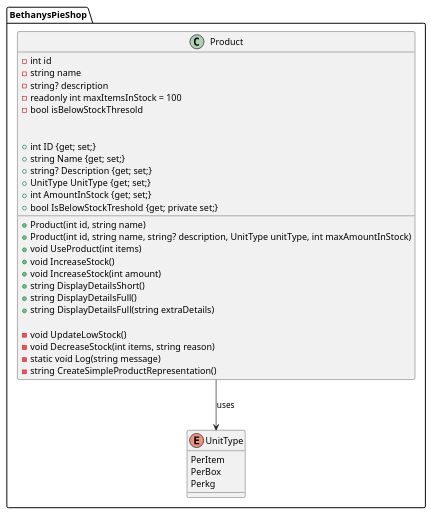
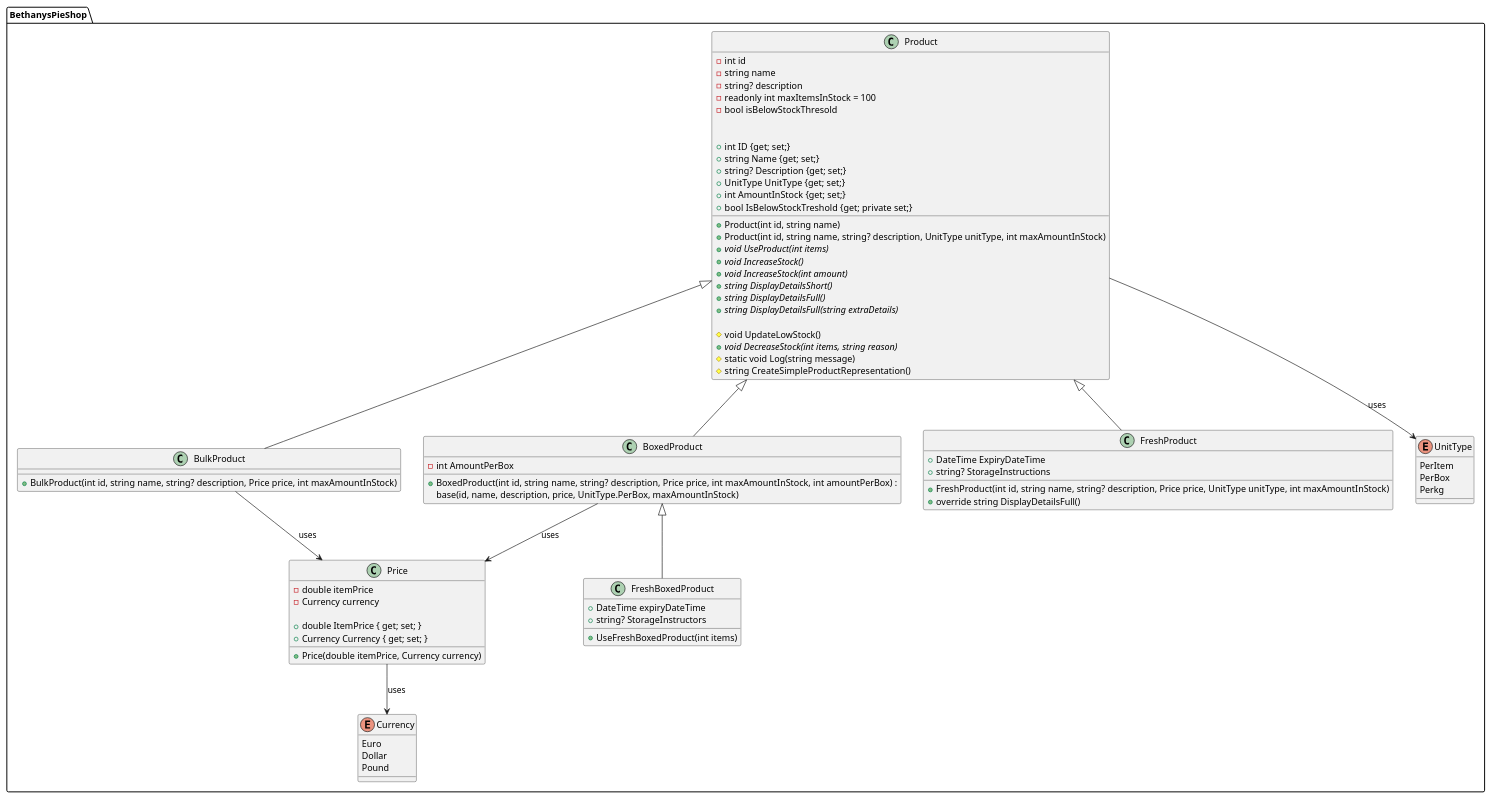
Before and after one commit to koustavmandal95/OPPSInCsharp: the diagram in BethanysPieShop/Documentation/Product.puml, drawn with PlantUML. The commit also changed 7 other files, not shown here.

Commit message:
changes in class diagram

```diff
--- a/BethanysPieShop/Documentation/Product.puml
+++ b/BethanysPieShop/Documentation/Product.puml
@@ -1,42 +1,89 @@
 @startuml Product Class Diagram
 
 package "BethanysPieShop" {
     class Product {
         - int id
         - string name
         - string? description
         - readonly int maxItemsInStock = 100
         - bool isBelowStockThresold
 
         + Product(int id, string name)
         + Product(int id, string name, string? description, UnitType unitType, int maxAmountInStock)
 
         + int ID {get; set;}
         + string Name {get; set;}
         + string? Description {get; set;}
         + UnitType UnitType {get; set;}
         + int AmountInStock {get; set;}
         + bool IsBelowStockTreshold {get; private set;}
 
-        + void UseProduct(int items)
-        + void IncreaseStock()
-        + void IncreaseStock(int amount)
-        + string DisplayDetailsShort()
-        + string DisplayDetailsFull()
-        + string DisplayDetailsFull(string extraDetails)
+        + {abstract} void UseProduct(int items)
+        + {abstract} void IncreaseStock()
+        + {abstract} void IncreaseStock(int amount)
+        + {abstract} string DisplayDetailsShort()
+        + {abstract} string DisplayDetailsFull()
+        + {abstract} string DisplayDetailsFull(string extraDetails)
 
-        - void UpdateLowStock()
-        - void DecreaseStock(int items, string reason)
-        - static void Log(string message)
-        - string CreateSimpleProductRepresentation()
+        # void UpdateLowStock()
+        + {abstract} void DecreaseStock(int items, string reason)
+        # static void Log(string message)
+        # string CreateSimpleProductRepresentation()
+    }
+
+    class BulkProduct {
+        + BulkProduct(int id, string name, string? description, Price price, int maxAmountInStock)
+    }
+
+    class BoxedProduct {
+        - int AmountPerBox
+        + BoxedProduct(int id, string name, string? description, Price price, int maxAmountInStock, int amountPerBox) :
+                           base(id, name, description, price, UnitType.PerBox, maxAmountInStock)
+    }
+
+    class FreshBoxedProduct {
+        + DateTime expiryDateTime
+        + string? StorageInstructors
+
+        + UseFreshBoxedProduct(int items)
+    }
+
+        class FreshProduct {
+        + DateTime ExpiryDateTime
+        + string? StorageInstructions
+
+        + FreshProduct(int id, string name, string? description, Price price, UnitType unitType, int maxAmountInStock)
+        + override string DisplayDetailsFull()
+    }
+
+    class Price {
+        - double itemPrice
+        - Currency currency
+
+        + Price(double itemPrice, Currency currency)
+        + double ItemPrice { get; set; }
+        + Currency Currency { get; set; }
+    }
+
+    enum Currency {
+        Euro
+        Dollar
+        Pound
     }
 
     enum UnitType {
         PerItem
         PerBox
         Perkg
     }
 }
 
 Product --> UnitType : uses
+Product <|-- BulkProduct
+Product <|-- BoxedProduct
+BoxedProduct <|-- FreshBoxedProduct
+Product <|-- FreshProduct
+BulkProduct --> Price : uses
+BoxedProduct --> Price : uses
+Price --> Currency : uses
 @enduml
```
